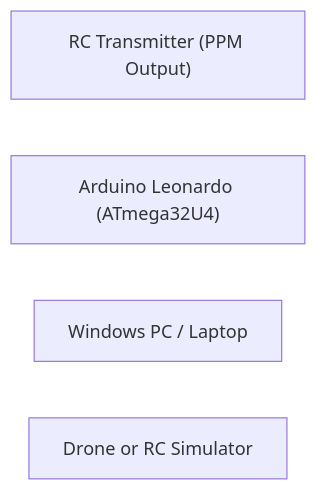
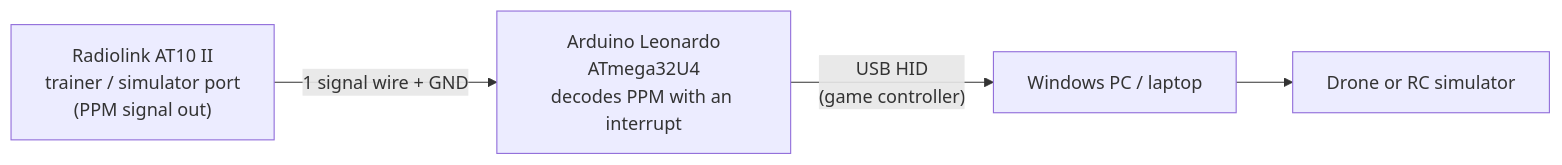
Before and after one commit to slenodias/ppm2usb: the diagram in README.md, drawn with Mermaid.

````diff
--- a/README.md
+++ b/README.md
@@ -62,7 +62,6 @@
 ```mermaid
 flowchart LR
-    TX["RC Transmitter (PPM Output)"]
-    MCU["Arduino Leonardo (ATmega32U4)"]
-    PC["Windows PC / Laptop"]
-    SIM["Drone or RC Simulator"]
+    TX["Radiolink AT10 II<br/>trainer / simulator port<br/>(PPM signal out)"] -->|"1 signal wire + GND"| MCU["Arduino Leonardo<br/>ATmega32U4<br/>decodes PPM with an interrupt"]
+    MCU -->|"USB HID<br/>(game controller)"| PC["Windows PC / laptop"]
+    PC --> SIM["Drone or RC simulator"]
 ```
````
